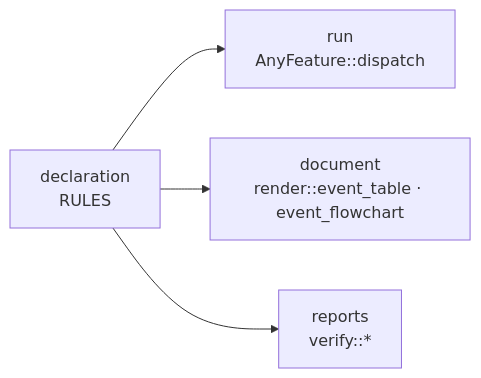
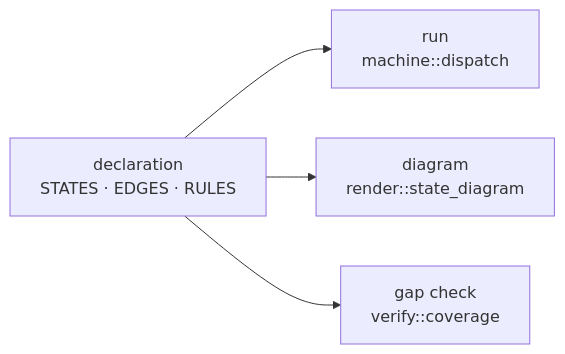
The diagram in README.md (4artit/declared), drawn with Mermaid before and after one commit. The commit also changed other lines of this file and 22 other files, not shown here.

Commit message:
rollback sm deletion / change diagram generation uses events(when) for the source

````diff
--- a/README.md
+++ b/README.md
@@ -19,7 +19,7 @@
 ```mermaid
 flowchart LR
-    D["declaration<br/>RULES"]
-    D --> R["run<br/>AnyFeature::dispatch"]
-    D --> G["document<br/>render::event_table · event_flowchart"]
-    D --> V["reports<br/>verify::*"]
+    D["declaration<br/>STATES · EDGES · RULES"]
+    D --> R["run<br/>machine::dispatch"]
+    D --> G["diagram<br/>render::state_diagram"]
+    D --> V["gap check<br/>verify::coverage"]
 ```
````
